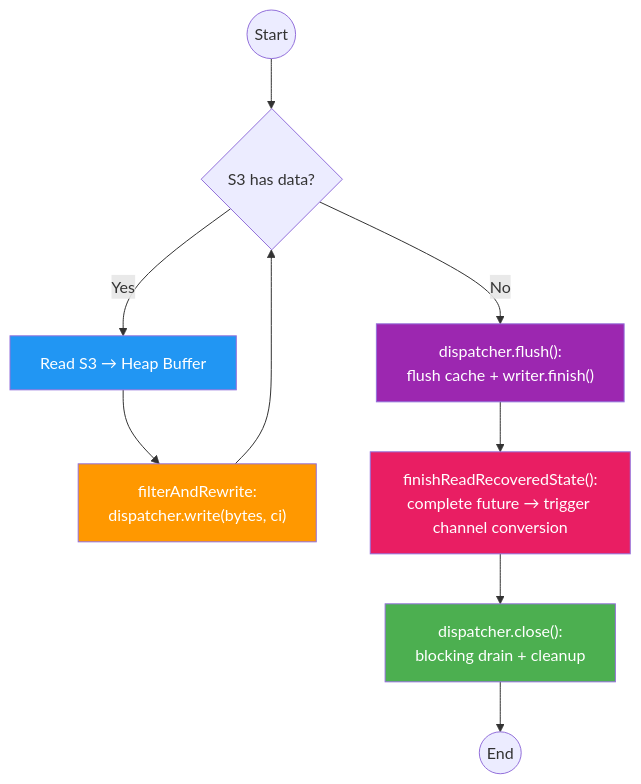
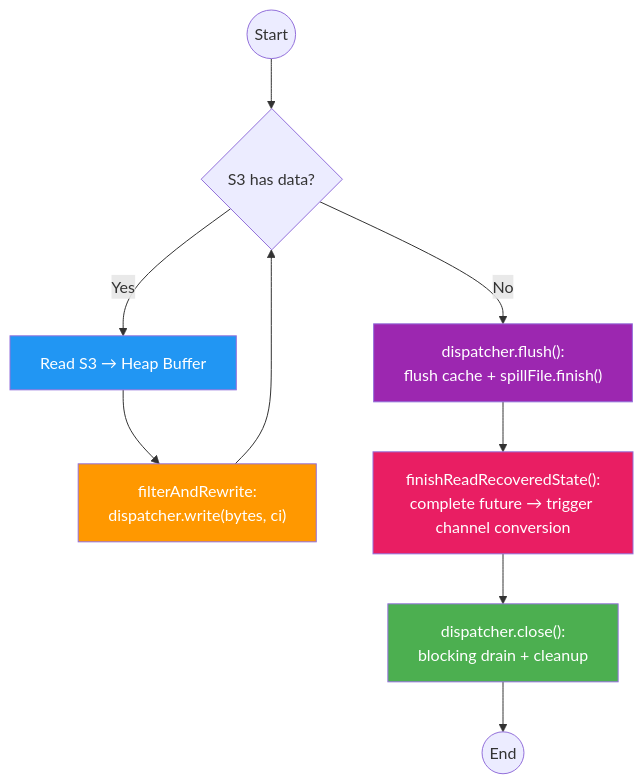
One commit to 1996fanrui/flink changed the third of 7 diagrams in requirements/38544/data_flow.md. Above: the diagram before and after it, drawn with Mermaid. The commit also changed other lines of this file and 9 other files, not shown here.

First line of the commit message:
[FLINK-38544][docs] Rename recovery callbacks/APIs and collapse FilteredSpillFile.Writer

````diff
--- a/requirements/38544/data_flow.md
+++ b/requirements/38544/data_flow.md
@@ -70,19 +70,19 @@
 ```mermaid
 flowchart TD
     Start(("Start")) --> S3Check{"S3 has data?"}
 
     S3Check -- Yes --> Read["Read S3 → Heap Buffer"]
     Read --> Filter["filterAndRewrite:<br/>dispatcher.write(bytes, ci)"]
     Filter --> S3Check
 
-    S3Check -- No --> Flush["dispatcher.flush():<br/>flush cache + writer.finish()"]
+    S3Check -- No --> Flush["dispatcher.flush():<br/>flush cache + spillFile.finish()"]
     Flush --> Finish["finishReadRecoveredState():<br/>complete future → trigger channel conversion"]
     Finish --> Drain["dispatcher.close():<br/>blocking drain + cleanup"]
     Drain --> End(("End"))
 
     style Read fill:#2196F3,color:#fff
     style Filter fill:#FF9800,color:#fff
     style Flush fill:#9C27B0,color:#fff
     style Finish fill:#E91E63,color:#fff
     style Drain fill:#4CAF50,color:#fff
 ```
````
